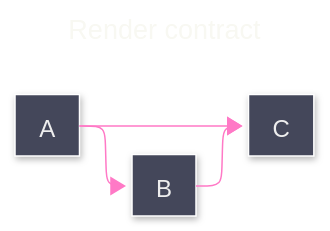
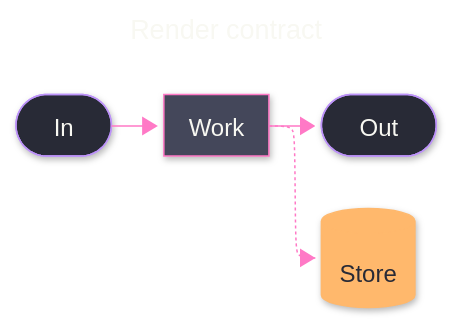
Before and after one commit to bsamiee/Rasm: the first of 2 diagrams in .claude/skills/mermaid-diagramming/references/config.md, drawn with Mermaid. The commit also changed other lines of this file and 51 other files, not shown here.

````diff
--- a/.claude/skills/mermaid-diagramming/references/config.md
+++ b/.claude/skills/mermaid-diagramming/references/config.md
@@ -11,29 +11,38 @@
 ```mermaid
 ---
 title: Render contract
 config:
   look: neo
   layout: elk
   theme: base
   themeVariables:
     darkMode: true
     mainBkg: "#44475A"
     nodeBorder: "#BD93F9"
     lineColor: "#FF79C6"
     textColor: "#F8F8F2"
   htmlLabels: false
   markdownAutoWrap: false
-  fontFamily: monospace
+  fontFamily: "SF Mono, Menlo, Cascadia Mono, Segoe UI Mono, Consolas, monospace"
   deterministicIds: true
   elk:
     mergeEdges: true
     nodePlacementStrategy: NETWORK_SIMPLEX
     considerModelOrder: NODES_AND_EDGES
   flowchart:
     curve: basis
     defaultRenderer: elk
+    padding: 16
 ---
 flowchart LR
-  A --> B --> C
-  A --> C
+  accTitle: Frontmatter contract demo
+  accDescr: A three-stage flow with a dotted store trace, its whole render contract carried in fence frontmatter.
+  In([In]) --> Work[Work] --> Out([Out])
+  Work -.-> Store[(Store)]
+  classDef primary fill:#44475A,stroke:#FF79C6,color:#F8F8F2
+  classDef boundary fill:#282A36,stroke:#BD93F9,color:#F8F8F2
+  classDef data fill:#FFB86C,stroke:#FFB86C,color:#282A36
+  class Work primary
+  class In,Out boundary
+  class Store data
 ```
````
